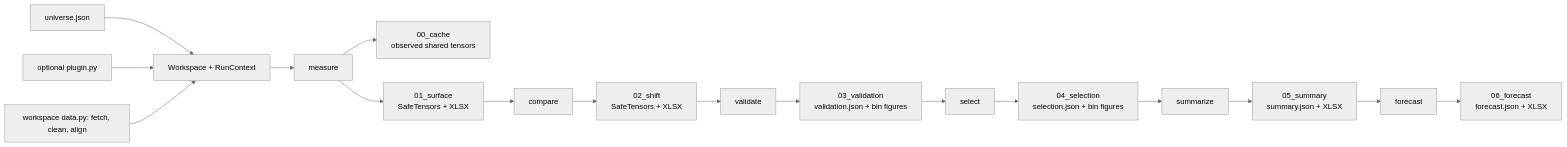
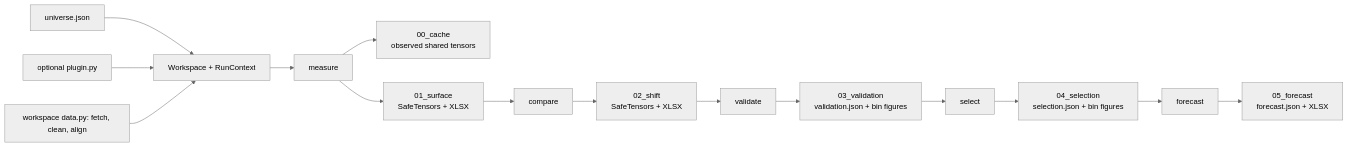
One commit to doubletrends/alpha-verify changed the diagram in src/README.md. Above: the diagram before and after it, drawn with Mermaid (neutral theme). The commit also changed other lines of this file and 16 other files, not shown here.

First line of the commit message:
Fold Stage 5 summarize into forecast

````diff
--- a/src/README.md
+++ b/src/README.md
@@ -74,19 +73,17 @@
 ```mermaid
 flowchart LR
     U[universe.json] --> C[Workspace + RunContext]
     P[optional plugin.py] --> C
     D[workspace data.py: fetch, clean, align] --> C
     C --> M[measure]
     M --> C0[00_cache<br/>observed shared tensors]
     M --> A1[01_surface<br/>SafeTensors + XLSX]
     A1 --> X[compare]
     X --> A2[02_shift<br/>SafeTensors + XLSX]
     A2 --> V[validate]
     V --> A3[03_validation<br/>validation.json + bin figures]
     A3 --> S[select]
     S --> A4[04_selection<br/>selection.json + bin figures]
-    A4 --> Y[summarize]
-    Y --> A5[05_summary<br/>summary.json + XLSX]
-    A5 --> F[forecast]
-    F --> A6[06_forecast<br/>forecast.json + XLSX]
+    A4 --> F[forecast]
+    F --> A5[05_forecast<br/>forecast.json + XLSX]
 ```
````
